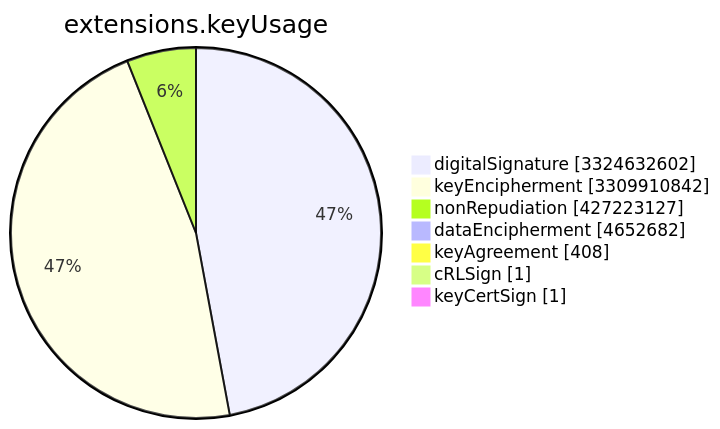
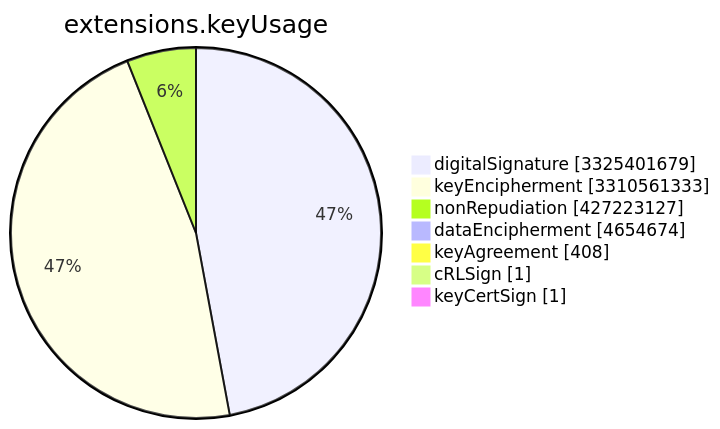
One commit to christiankrug/ctmonitor_visualization changed the sixth of 15 diagrams in TOTAL/README.md. Above: the diagram before and after it, drawn with Mermaid. The commit also changed other lines of this file, not shown here.

````diff
--- a/TOTAL/README.md
+++ b/TOTAL/README.md
@@ -3078,11 +3078,11 @@
 ```mermaid
 pie showData
 title extensions.keyUsage
-"digitalSignature" :3324632602
-"keyEncipherment" :3309910842
+"digitalSignature" :3325401679
+"keyEncipherment" :3310561333
 "nonRepudiation" :427223127
-"dataEncipherment" :4652682
+"dataEncipherment" :4654674
 "keyAgreement" :408
 "cRLSign" :1
 "keyCertSign" :1
 ```
````
